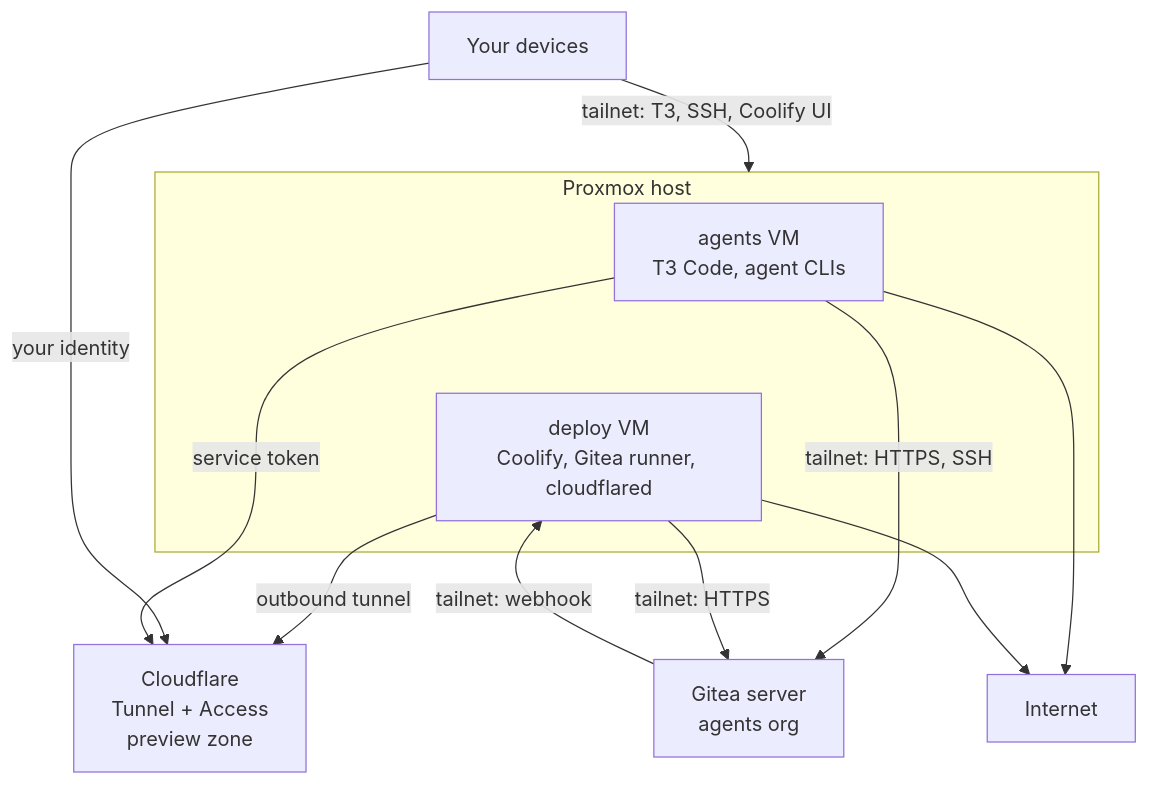
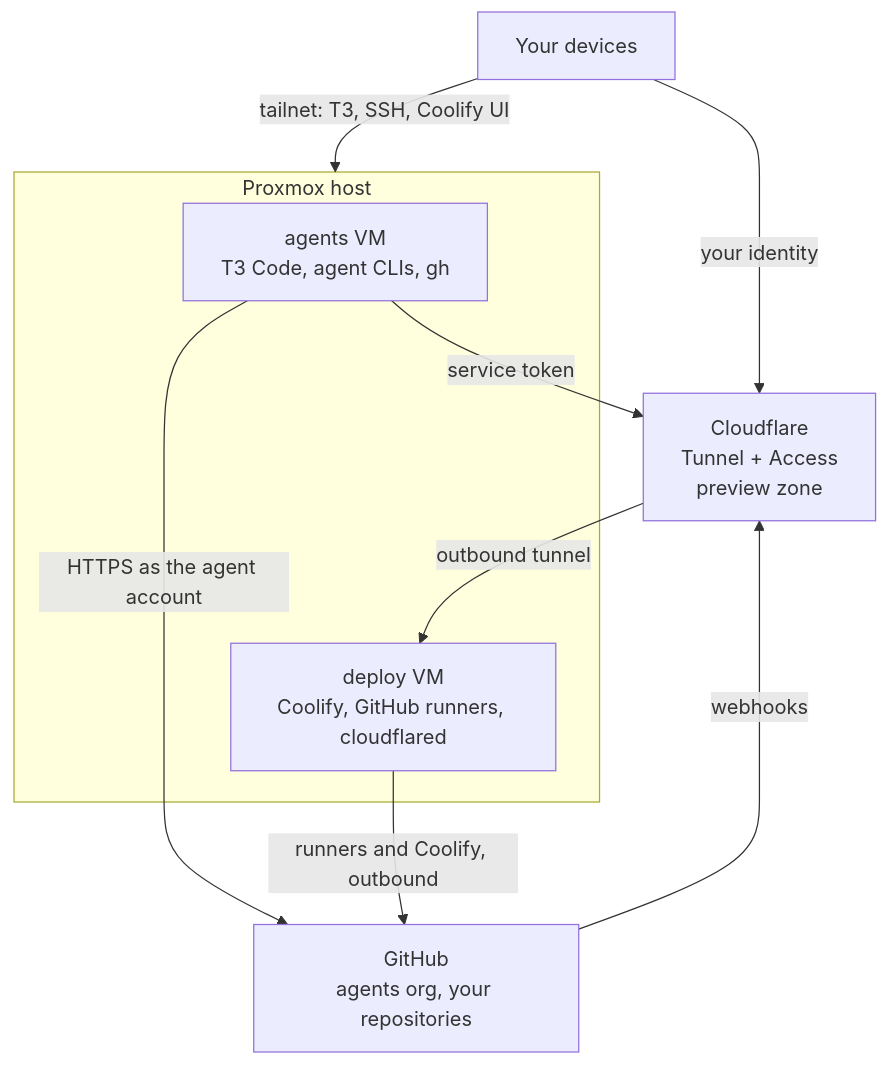
Before and after one commit to osrim/voliere: the first of 4 diagrams in docs/design.md, drawn with Mermaid. The commit also changed other lines of this file and 1 other file, not shown here.

First line of the commit message:
docs(design): move the agents from Gitea to GitHub

````diff
--- a/docs/design.md
+++ b/docs/design.md
@@ -65,22 +78,19 @@
 ```mermaid
 flowchart TB
     you["Your devices"]
     subgraph box["Proxmox host"]
-        agents["agents VM<br/>T3 Code, agent CLIs"]
-        deploy["deploy VM<br/>Coolify, Gitea runner, cloudflared"]
+        agents["agents VM<br/>T3 Code, agent CLIs, gh"]
+        deploy["deploy VM<br/>Coolify, GitHub runners, cloudflared"]
         agents ~~~ deploy
     end
-    gitea["Gitea server<br/>agents org"]
+    gh["GitHub<br/>agents org, your repositories"]
     cf["Cloudflare<br/>Tunnel + Access<br/>preview zone"]
-    net["Internet"]
 
     you -->|"tailnet: T3, SSH, Coolify UI"| box
-    agents -->|"tailnet: HTTPS, SSH"| gitea
-    deploy -->|"tailnet: HTTPS"| gitea
-    gitea -->|"tailnet: webhook"| deploy
-    deploy -->|"outbound tunnel"| cf
+    agents -->|"HTTPS as the agent account"| gh
+    deploy -->|"runners and Coolify, outbound"| gh
+    gh -->|"webhooks"| cf
+    cf -->|"outbound tunnel"| deploy
     you -->|"your identity"| cf
     agents -->|"service token"| cf
-    agents --> net
-    deploy --> net
 ```
````
